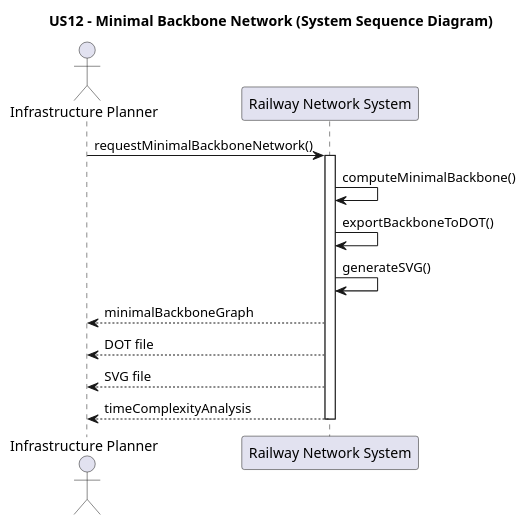
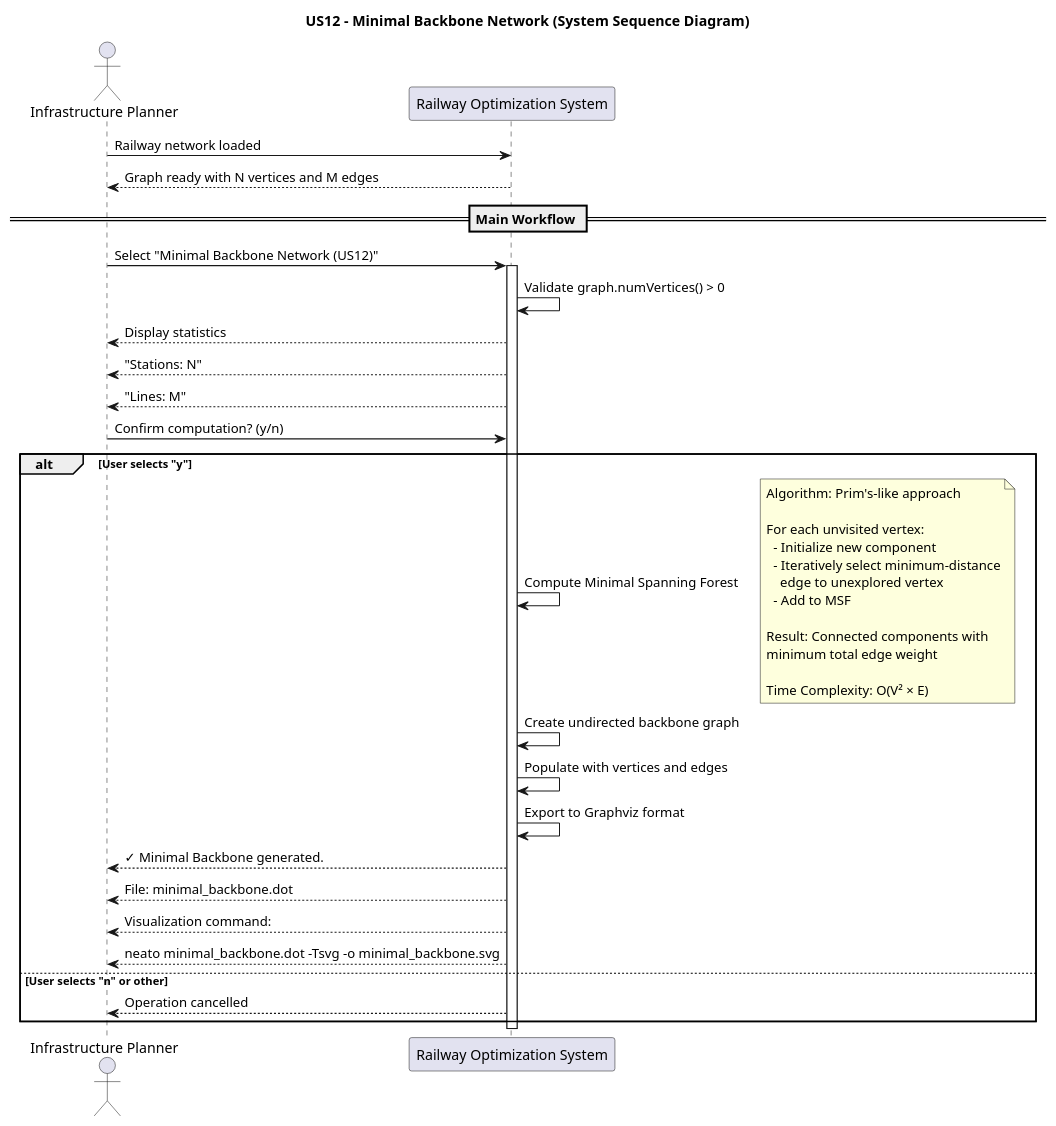
The diagram in src/docs/USE12/USE12_ssd.puml (RicardoGuimaraes1212125/ESINF_25-26_1212125), drawn with PlantUML before and after one commit.

Commit message:
update on us12 SSD

```diff
--- a/src/docs/USE12/USE12_ssd.puml
+++ b/src/docs/USE12/USE12_ssd.puml
@@ -1,21 +1,55 @@
 @startuml
 
 title US12 - Minimal Backbone Network (System Sequence Diagram)
 
 actor "Infrastructure Planner" as Planner
-participant "Railway Network System" as System
+participant "Railway Optimization System" as System
 
-Planner -> System : requestMinimalBackboneNetwork()
+Planner -> System : Railway network loaded
+System --> Planner : Graph ready with N vertices and M edges
+
+== Main Workflow ==
+
+Planner -> System : Select "Minimal Backbone Network (US12)"
 activate System
 
-System -> System : computeMinimalBackbone()
-System -> System : exportBackboneToDOT()
-System -> System : generateSVG()
+System -> System : Validate graph.numVertices() > 0
+System --> Planner : Display statistics
+System --> Planner : "Stations: N"
+System --> Planner : "Lines: M"
 
-System --> Planner : minimalBackboneGraph
-System --> Planner : DOT file
-System --> Planner : SVG file
-System --> Planner : timeComplexityAnalysis
+Planner -> System : Confirm computation? (y/n)
+
+alt User selects "y"
+    System -> System : Compute Minimal Spanning Forest
+    note right
+    Algorithm: Prim's-like approach
+    
+    For each unvisited vertex:
+      - Initialize new component
+      - Iteratively select minimum-distance
+        edge to unexplored vertex
+      - Add to MSF
+    
+    Result: Connected components with
+    minimum total edge weight
+    
+    Time Complexity: O(V² × E)
+    end note
+    
+    System -> System : Create undirected backbone graph
+    System -> System : Populate with vertices and edges
+    
+    System -> System : Export to Graphviz format
+    System --> Planner : ✓ Minimal Backbone generated.
+    System --> Planner : File: minimal_backbone.dot
+    
+    System --> Planner : Visualization command:
+    System --> Planner : neato minimal_backbone.dot -Tsvg -o minimal_backbone.svg
+    
+else User selects "n" or other
+    System --> Planner : Operation cancelled
+end
 
 deactivate System
 @enduml
```
